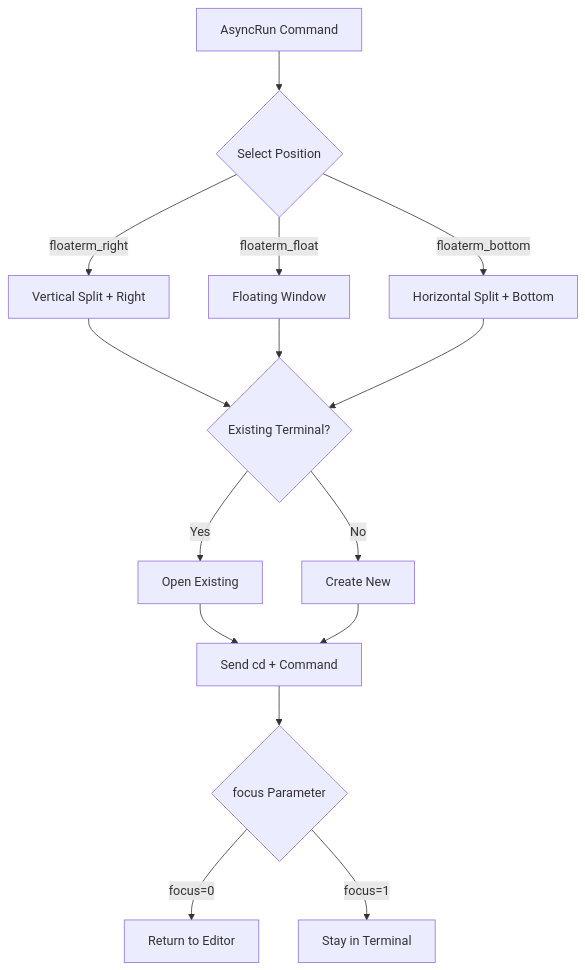
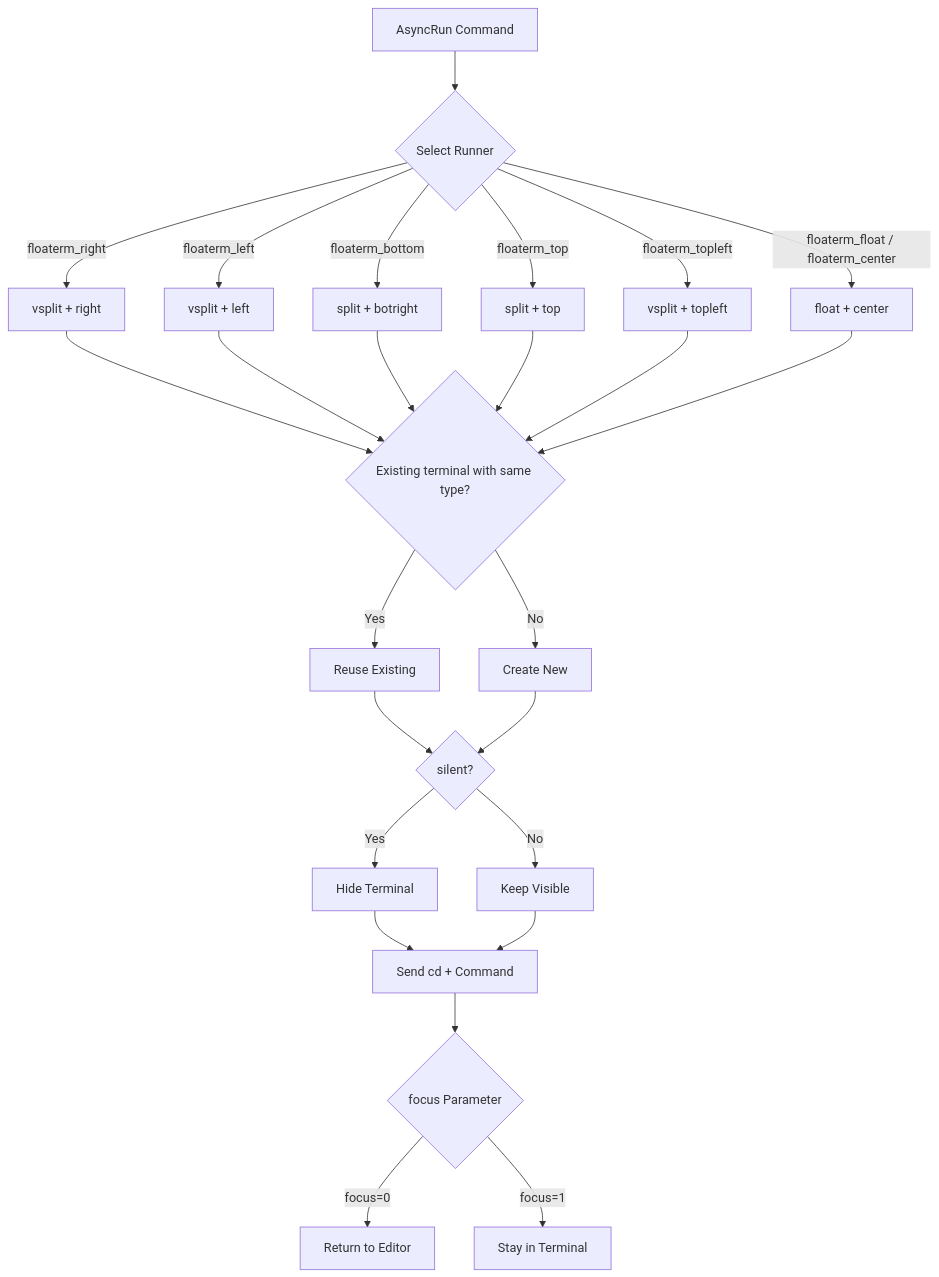
One commit to leoatchina/vim-floaterm-enhance changed the fifth of 5 diagrams in README.md. Above: the diagram before and after it, drawn with Mermaid. The commit also changed other lines of this file and 2 other files, not shown here.

First line of the commit message:
docs(README): expand AsyncRun integration section with comprehensive runner documentation

````diff
--- a/README.md
+++ b/README.md
@@ -328,17 +361,27 @@
 ```mermaid
 graph TB
-    AsyncRun[AsyncRun Command] --> SelectType{Select Position}
-    SelectType -->|floaterm_right| Right[Vertical Split + Right]
-    SelectType -->|floaterm_float| Float[Floating Window]
-    SelectType -->|floaterm_bottom| Bottom[Horizontal Split + Bottom]
-    Right --> FindExist{Existing Terminal?}
+    AsyncRun[AsyncRun Command] --> SelectType{Select Runner}
+    SelectType -->|floaterm_right| Right[vsplit + right]
+    SelectType -->|floaterm_left| Left[vsplit + left]
+    SelectType -->|floaterm_bottom| Bottom[split + botright]
+    SelectType -->|floaterm_top| Top[split + top]
+    SelectType -->|floaterm_topleft| TopLeft[vsplit + topleft]
+    SelectType -->|floaterm_float / floaterm_center| Float[float + center]
+    Right --> FindExist{Existing terminal with same type?}
+    Left --> FindExist
+    Bottom --> FindExist
+    Top --> FindExist
+    TopLeft --> FindExist
     Float --> FindExist
-    Bottom --> FindExist
-    FindExist -->|Yes| OpenExist[Open Existing]
+    FindExist -->|Yes| OpenExist[Reuse Existing]
     FindExist -->|No| CreateNew[Create New]
-    OpenExist --> SendCmd[Send cd + Command]
-    CreateNew --> SendCmd
+    OpenExist --> Silent{silent?}
+    CreateNew --> Silent
+    Silent -->|Yes| Hide[Hide Terminal]
+    Silent -->|No| Visible[Keep Visible]
+    Hide --> SendCmd[Send cd + Command]
+    Visible --> SendCmd
     SendCmd --> FocusCheck{focus Parameter}
     FocusCheck -->|focus=0| BackEditor[Return to Editor]
     FocusCheck -->|focus=1| InTerm[Stay in Terminal]
 ```
````
